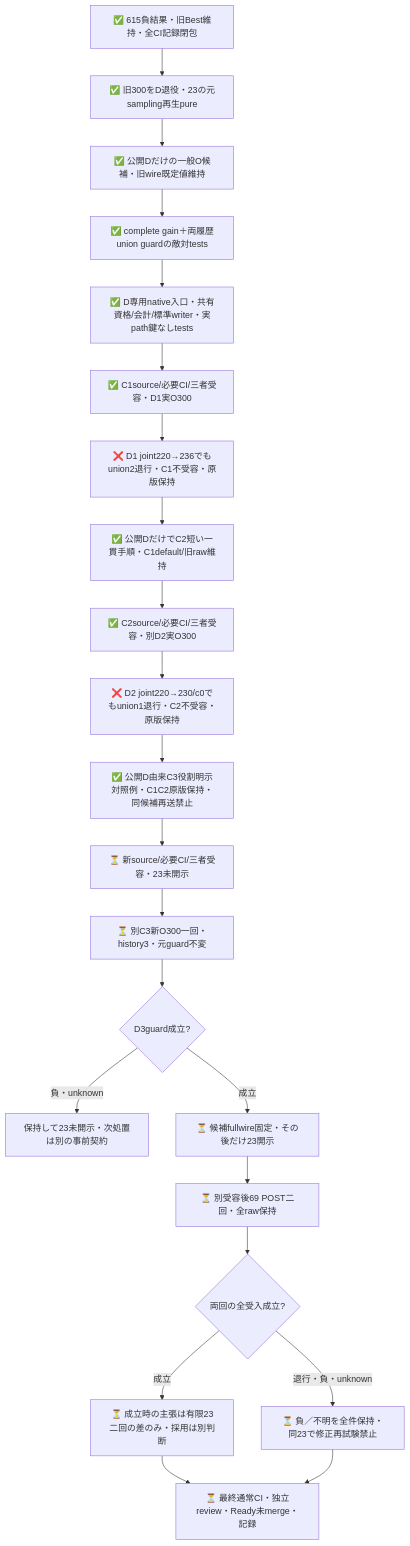
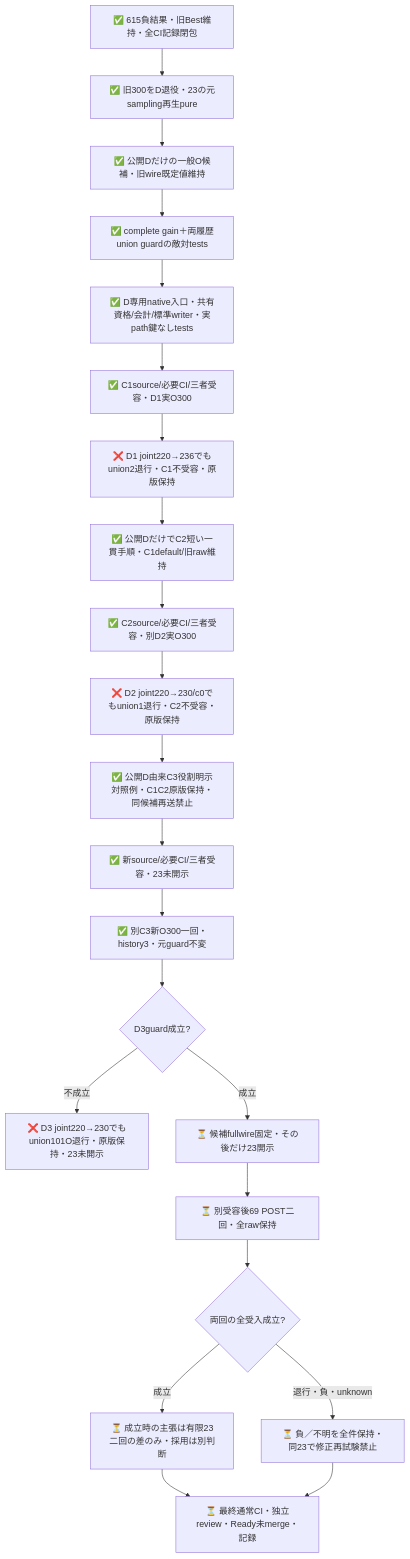
Before and after one commit to roccho-org/ops: the second of 2 diagrams in experiments/sys1-eval-loop/reserve/README.md, drawn with Mermaid. The commit also changed other lines of this file and 8 other files, not shown here.

````diff
--- a/experiments/sys1-eval-loop/reserve/README.md
+++ b/experiments/sys1-eval-loop/reserve/README.md
@@ -74,24 +80,24 @@
 ```mermaid
 flowchart TB
   OLD[✅ 615負結果・旧Best維持・全CI記録閉包] --> D[✅ 旧300をD退役・23の元sampling再生pure]
   D --> C[✅ 公開Dだけの一般O候補・旧wire既定値維持]
   C --> T[✅ complete gain＋両履歴union guardの敵対tests]
   T --> ENTRY[✅ D専用native入口・共有資格/会計/標準writer・実path鍵なしtests]
   ENTRY --> LIVE[✅ C1source/必要CI/三者受容・D1実O300]
   LIVE --> STOP[❌ D1 joint220→236でもunion2退行・C1不受容・原版保持]
   STOP --> NEXT[✅ 公開DだけでC2短い一貫手順・C1default/旧raw維持]
   NEXT --> D2[✅ C2source/必要CI/三者受容・別D2実O300]
   D2 --> STOP2[❌ D2 joint220→230/c0でもunion1退行・C2不受容・原版保持]
   STOP2 --> NEW[✅ 公開D由来C3役割明示対照例・C1C2原版保持・同候補再送禁止]
-  NEW --> REVIEW3[⏳ 新source/必要CI/三者受容・23未開示]
-  REVIEW3 --> D3[⏳ 別C3新O300一回・history3・元guard不変]
+  NEW --> REVIEW3[✅ 新source/必要CI/三者受容・23未開示]
+  REVIEW3 --> D3[✅ 別C3新O300一回・history3・元guard不変]
   D3 --> G{D3guard成立?}
-  G -->|負・unknown| HOLD[保持して23未開示・次処置は別の事前契約]
+  G -->|不成立| HOLD[❌ D3 joint220→230でもunion101O退行・原版保持・23未開示]
   G -->|成立| FREEZE[⏳ 候補fullwire固定・その後だけ23開示]
   FREEZE --> H[⏳ 別受容後69 POST二回・全raw保持]
   H --> A{両回の全受入成立?}
   A -->|成立| FIN[⏳ 成立時の主張は有限23二回の差のみ・採用は別判断]
   A -->|退行・負・unknown| NEG[⏳ 負／不明を全件保持・同23で修正再試験禁止]
   FIN --> CLOSE[⏳ 最終通常CI・独立review・Ready未merge・記録]
   NEG --> CLOSE
 ```
````
